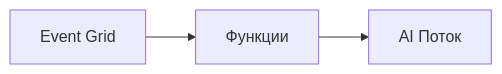
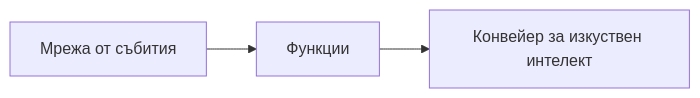
The second of 2 diagrams in translations/bg/docs/chapter-08-production/README.md (microsoft/AZD-for-beginners), drawn with Mermaid before and after one commit. The commit also changed other lines of this file and 104 other files, not shown here.

````diff
--- a/translations/bg/docs/chapter-08-production/README.md
+++ b/translations/bg/docs/chapter-08-production/README.md
@@ -56,4 +57,4 @@
 ```mermaid
 graph LR
-    EventGrid[Event Grid] --> Functions[Функции] --> Pipeline[AI Поток]
+    EventGrid[Мрежа от събития] --> Functions[Функции] --> Pipeline[Конвейер за изкуствен интелект]
 ```
````
